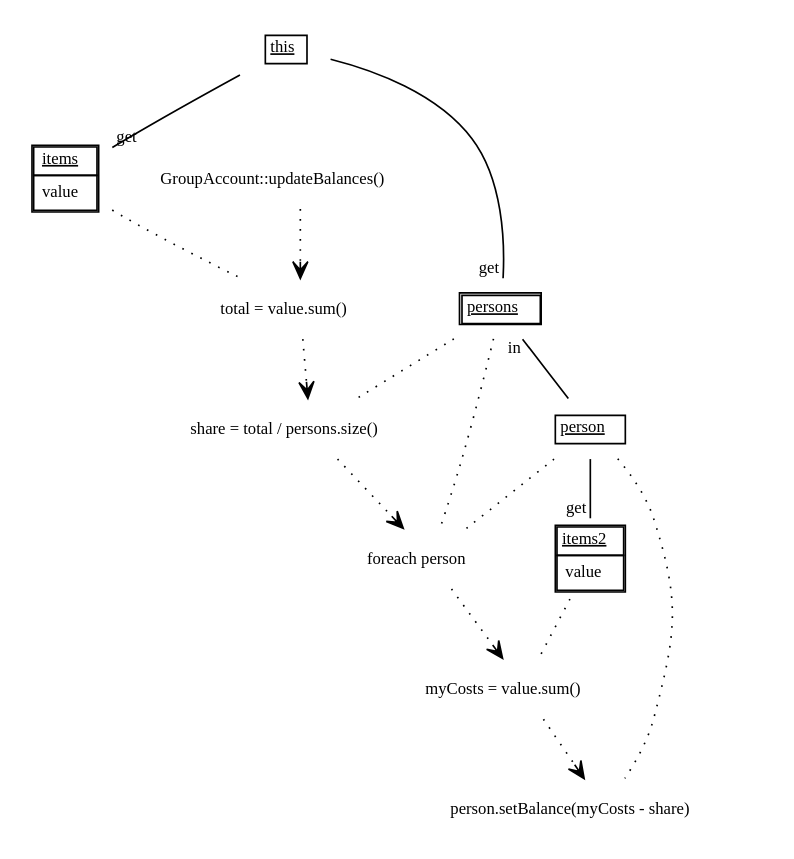
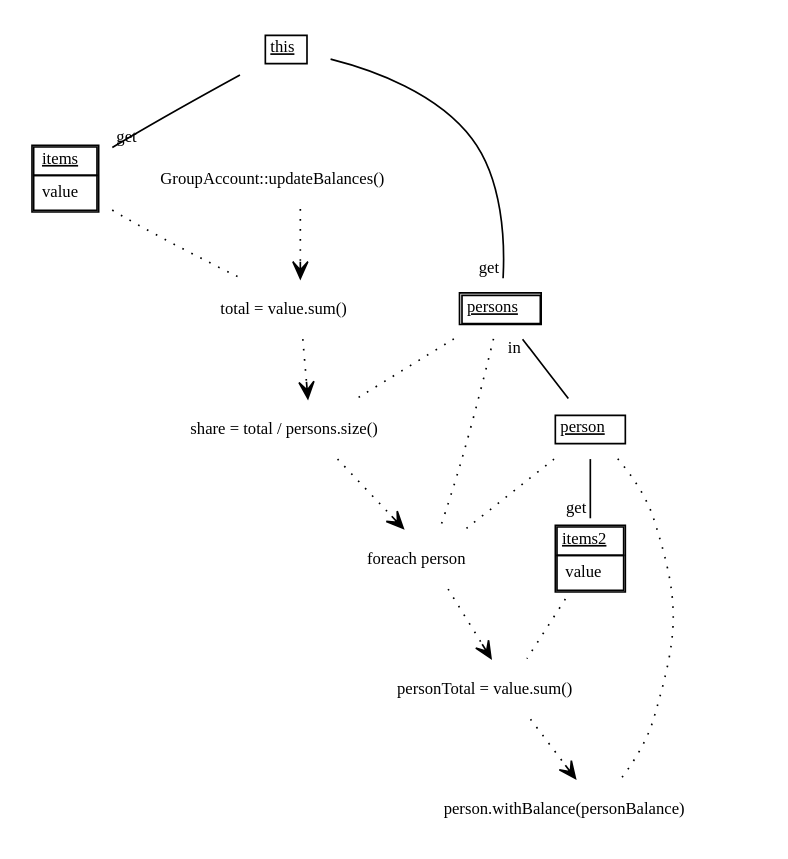
One commit to fujaba/SDMLib changed the diagram in doc/GroupAccount.UpdateBalances02.dot. Above: the diagram before and after it, drawn with Graphviz. The commit also changed 37 other files, not shown here.

```diff
--- a/doc/GroupAccount.UpdateBalances02.dot
+++ b/doc/GroupAccount.UpdateBalances02.dot
@@ -1,37 +1,37 @@
 
  digraph TrafoOpDiagram {
     node [shape = none, fontsize = 10]; 
     edge [fontsize = 10];
     
     
     this [label=<<table border='0' cellborder='1' cellspacing='0'> <tr> <td><u>this</u></td> </tr>  </table>>];
     items [label=<<table border='1' cellborder='1' cellspacing='0'> <tr> <td><u>items</u></td> </tr> <tr><td><table border='0' cellborder='0' cellspacing='0'> <tr><td align='left'>value</td></tr> </table></td></tr> </table>>];
     persons [label=<<table border='1' cellborder='1' cellspacing='0'> <tr> <td><u>persons</u></td> </tr>  </table>>];
     person [label=<<table border='0' cellborder='1' cellspacing='0'> <tr> <td><u>person</u></td> </tr>  </table>>];
     items2 [label=<<table border='1' cellborder='1' cellspacing='0'> <tr> <td><u>items2</u></td> </tr> <tr><td><table border='0' cellborder='0' cellspacing='0'> <tr><td align='left'>value</td></tr> </table></td></tr> </table>>];
     
     
     GroupAccountupdateBalances [label=<<table border='0' cellborder='0' cellspacing='0'><tr><td>GroupAccount::updateBalances()</td></tr></table>>];
     totalvaluesum [label=<<table border='0' cellborder='0' cellspacing='0'><tr><td>total = value.sum()</td></tr></table>>];
     sharetotalpersonssize [label=<<table border='0' cellborder='0' cellspacing='0'><tr><td>share = total / persons.size()</td></tr></table>>];
     foreachperson [label=<<table border='0' cellborder='0' cellspacing='0'><tr><td>foreach person</td></tr></table>>];
-    myCostsvaluesum [label=<<table border='0' cellborder='0' cellspacing='0'><tr><td>myCosts = value.sum()</td></tr></table>>];
-    personsetBalancemyCostsshare [label=<<table border='0' cellborder='0' cellspacing='0'><tr><td>person.setBalance(myCosts - share)</td></tr></table>>];
+    personTotalvaluesum [label=<<table border='0' cellborder='0' cellspacing='0'><tr><td>personTotal = value.sum()</td></tr></table>>];
+    personwithBalancepersonBalance [label=<<table border='0' cellborder='0' cellspacing='0'><tr><td>person.withBalance(personBalance)</td></tr></table>>];
     
     
     this -> items [headlabel = "get" taillabel = "" arrowhead = "none" ];
     this -> persons [headlabel = "get" taillabel = "" arrowhead = "none" ];
     persons -> person [headlabel = "" taillabel = "in" arrowhead = "none" ];
     person -> items2 [headlabel = "get" taillabel = "" arrowhead = "none" ];
     GroupAccountupdateBalances -> totalvaluesum [style = "dotted", arrowhead = "vee"];
     totalvaluesum -> sharetotalpersonssize [style = "dotted", arrowhead = "vee"];
     items -> totalvaluesum [style = "dotted" arrowhead = "none"];
     sharetotalpersonssize -> foreachperson [style = "dotted", arrowhead = "vee"];
     persons -> sharetotalpersonssize [style = "dotted" arrowhead = "none"];
-    foreachperson -> myCostsvaluesum [style = "dotted", arrowhead = "vee"];
+    foreachperson -> personTotalvaluesum [style = "dotted", arrowhead = "vee"];
     person -> foreachperson [style = "dotted" arrowhead = "none"];
     persons -> foreachperson [style = "dotted" arrowhead = "none"];
-    myCostsvaluesum -> personsetBalancemyCostsshare [style = "dotted", arrowhead = "vee"];
-    items2 -> myCostsvaluesum [style = "dotted" arrowhead = "none"];
-    person -> personsetBalancemyCostsshare [style = "dotted" arrowhead = "none"];
+    personTotalvaluesum -> personwithBalancepersonBalance [style = "dotted", arrowhead = "vee"];
+    items2 -> personTotalvaluesum [style = "dotted" arrowhead = "none"];
+    person -> personwithBalancepersonBalance [style = "dotted" arrowhead = "none"];
 }
```
